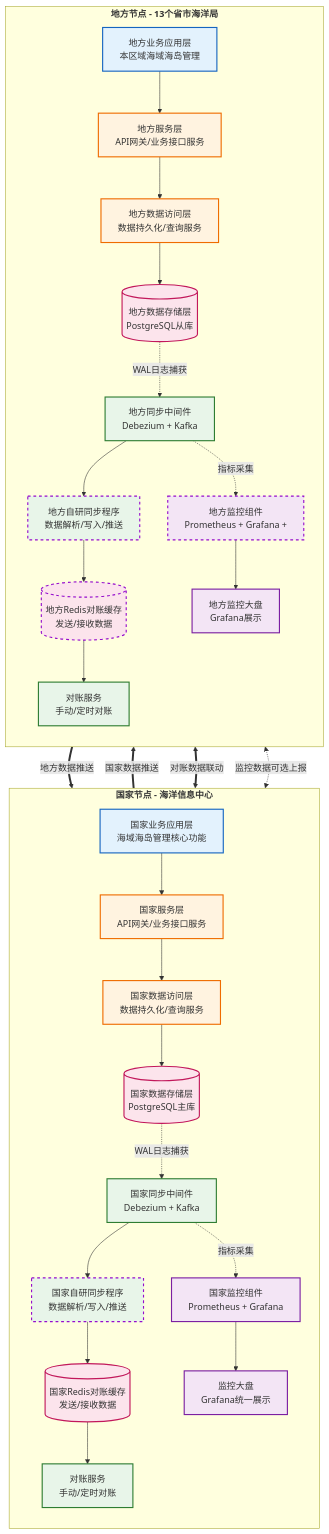
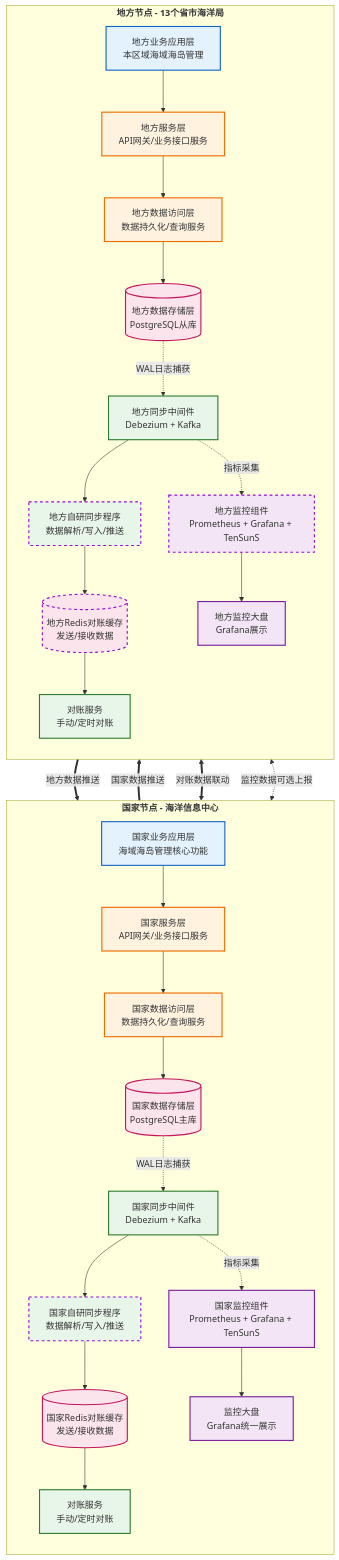
The diagram in all/未命名-1.md (MyJohn2/iodraw-files), drawn with Mermaid before and after one commit.

Commit message:
2026-03-03 19:00:05 update

````diff
--- a/all/未命名-1.md
+++ b/all/未命名-1.md
@@ -1,71 +1,71 @@
 ```mermaid
 flowchart TD
     %% 定义样式
     classDef app fill:#e3f2fd,stroke:#1565c0,stroke-width:2px;
     classDef service fill:#fff3e0,stroke:#ef6c00,stroke-width:2px;
     classDef data fill:#fce4ec,stroke:#c2185b,stroke-width:2px;
     classDef sync fill:#e8f5e9,stroke:#2e7d32,stroke-width:2px;
     classDef monitor fill:#f3e5f5,stroke:#7b1fa2,stroke-width:2px;
     classDef linkLine stroke:#950DCD,stroke-width:2px,stroke-dasharray: 5 5;
 
     %% 国家节点 - 修复了标题括号问题
     subgraph NationNode [<B>国家节点 - 海洋信息中心]
         direction TB
         A1[国家业务应用层<br/>海域海岛管理核心功能]:::app
         B1[国家服务层<br/>API网关/业务接口服务]:::service
         C1[国家数据访问层<br/>数据持久化/查询服务]:::service
         D1[(国家数据存储层<br/>PostgreSQL主库)]:::data
         E1[国家同步中间件<br/>Debezium + Kafka]:::sync
         F1[国家自研同步程序<br/>数据解析/写入/推送]:::sync
         G1[(国家Redis对账缓存<br/>发送/接收数据)]:::data
-        H1[国家监控组件<br/>Prometheus + Grafana]:::monitor
+        H1[国家监控组件<br/>Prometheus + Grafana + TenSunS]:::monitor
         I1[对账服务<br/>手动/定时对账]:::sync
         J1[监控大盘<br/>Grafana统一展示]:::monitor
 
         A1 --> B1
         B1 --> C1
         C1 --> D1
         D1 -.->|WAL日志捕获 | E1
         E1 --> F1
         F1 --> G1
         E1 -.->|指标采集 | H1
         G1 --> I1
         H1 --> J1
     end
     
     %% 地方节点 - 修复了标题括号问题
     subgraph LocalNode [<B>地方节点 - 13个省市海洋局]
         direction TB
         A2[地方业务应用层<br/>本区域海域海岛管理]:::app
         B2[地方服务层<br/>API网关/业务接口服务]:::service
         C2[地方数据访问层<br/>数据持久化/查询服务]:::service
         D2[(地方数据存储层<br/>PostgreSQL从库)]:::data
         E2[地方同步中间件<br/>Debezium + Kafka]:::sync
         F2[地方自研同步程序<br/>数据解析/写入/推送]:::sync
         G2[(地方Redis对账缓存<br/>发送/接收数据)]:::data
-        H2[地方监控组件<br/>Prometheus + Grafana +]:::monitor
+        H2[地方监控组件<br/>Prometheus + Grafana + TenSunS]:::monitor
         I2[对账服务<br/>手动/定时对账]:::sync
         J2[地方监控大盘<br/>Grafana展示]:::monitor
 
         A2 --> B2
         B2 --> C2
         C2 --> D2
         D2 -.->|WAL日志捕获 | E2
         E2 --> F2
         F2 --> G2
         E2 -.->|指标采集 | H2
         G2 --> I2
         H2 --> J2
     end
     
     %% 跨节点交互
     E2 ==>|地方数据推送 | F1:::linkLine
     E1 ==>|国家数据推送 | F2:::linkLine
     G1 <==>|对账数据联动 | G2:::linkLine
     H1 <-.->|监控数据可选上报 | H2:::linkLine
     
 
 
 
 
 ```
````
